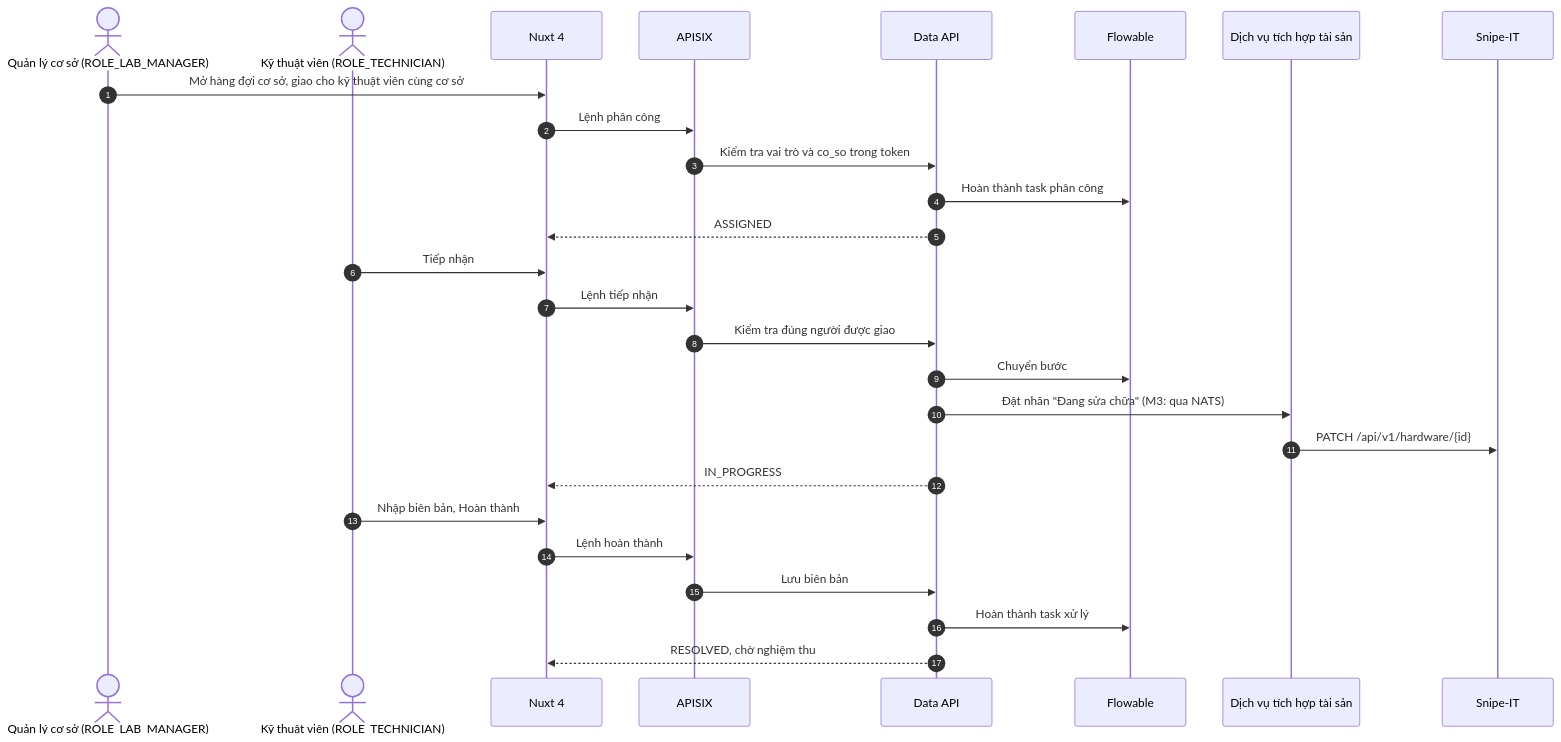
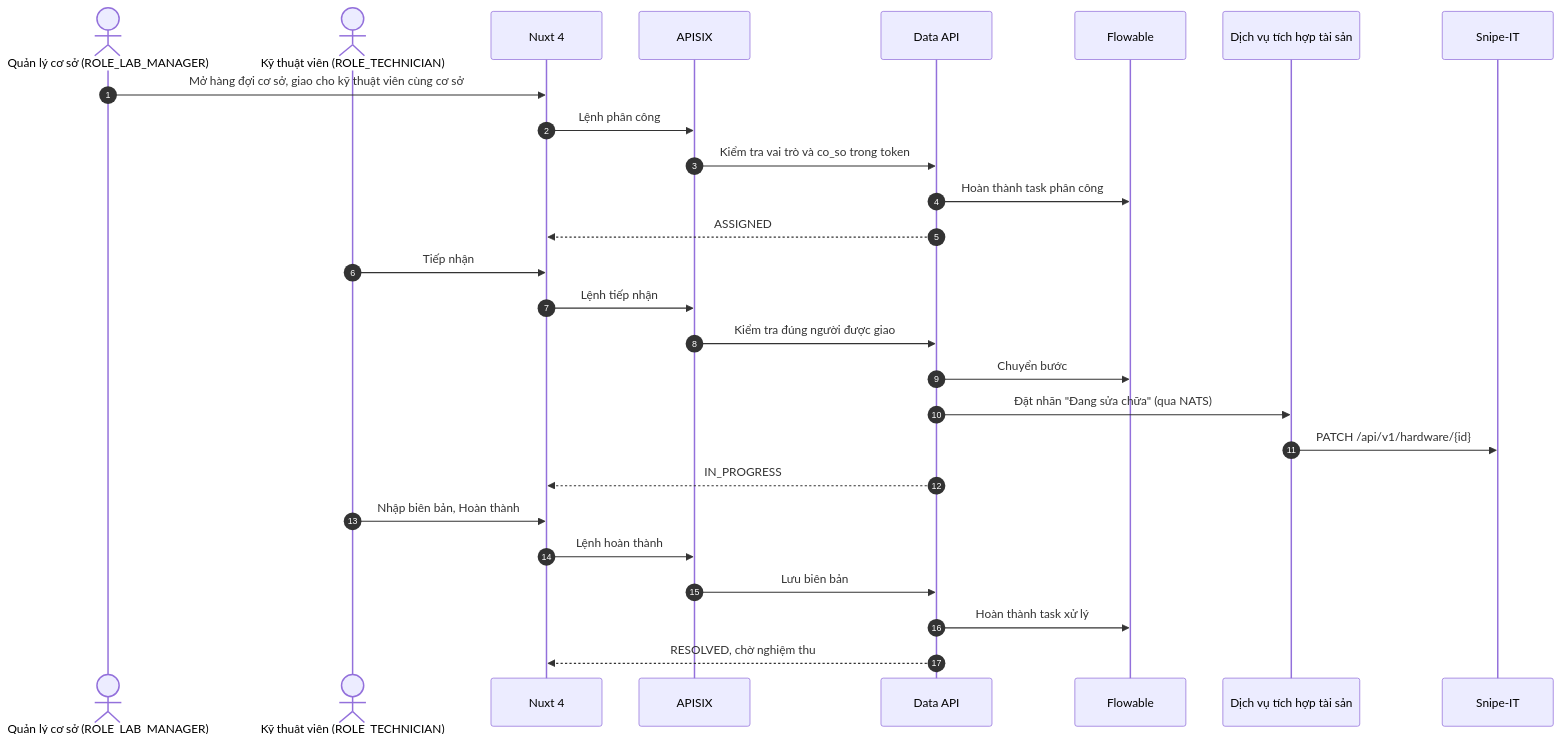
Before and after one commit to HaUI-Libre/dx-lab: the fourth of 6 diagrams in docs/architecture.md, drawn with Mermaid. The commit also changed other lines of this file and 4 other files, not shown here.

````diff
--- a/docs/architecture.md
+++ b/docs/architecture.md
@@ -348,32 +347,32 @@
 ```mermaid
 sequenceDiagram
     autonumber
     actor Mgr as Quản lý cơ sở (ROLE_LAB_MANAGER)
     actor Tech as Kỹ thuật viên (ROLE_TECHNICIAN)
     participant UI as Nuxt 4
     participant GW as APISIX
     participant Data as Data API
     participant FL as Flowable
     participant AS as Dịch vụ tích hợp tài sản
     participant SN as Snipe-IT
 
     Mgr->>UI: Mở hàng đợi cơ sở, giao cho kỹ thuật viên cùng cơ sở
     UI->>GW: Lệnh phân công
     GW->>Data: Kiểm tra vai trò và co_so trong token
     Data->>FL: Hoàn thành task phân công
     Data-->>UI: ASSIGNED
 
     Tech->>UI: Tiếp nhận
     UI->>GW: Lệnh tiếp nhận
     GW->>Data: Kiểm tra đúng người được giao
     Data->>FL: Chuyển bước
-    Data->>AS: Đặt nhãn "Đang sửa chữa" (M3: qua NATS)
+    Data->>AS: Đặt nhãn "Đang sửa chữa" (qua NATS)
     AS->>SN: PATCH /api/v1/hardware/{id}
     Data-->>UI: IN_PROGRESS
 
     Tech->>UI: Nhập biên bản, Hoàn thành
     UI->>GW: Lệnh hoàn thành
     GW->>Data: Lưu biên bản
     Data->>FL: Hoàn thành task xử lý
     Data-->>UI: RESOLVED, chờ nghiệm thu
 ```
````
